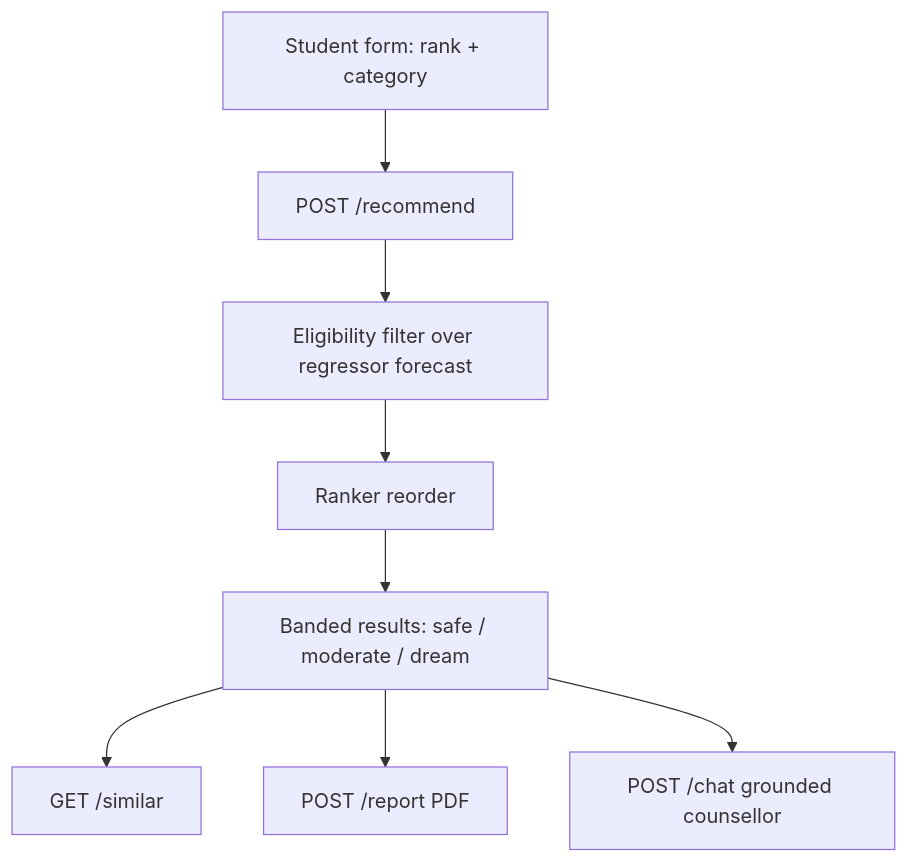
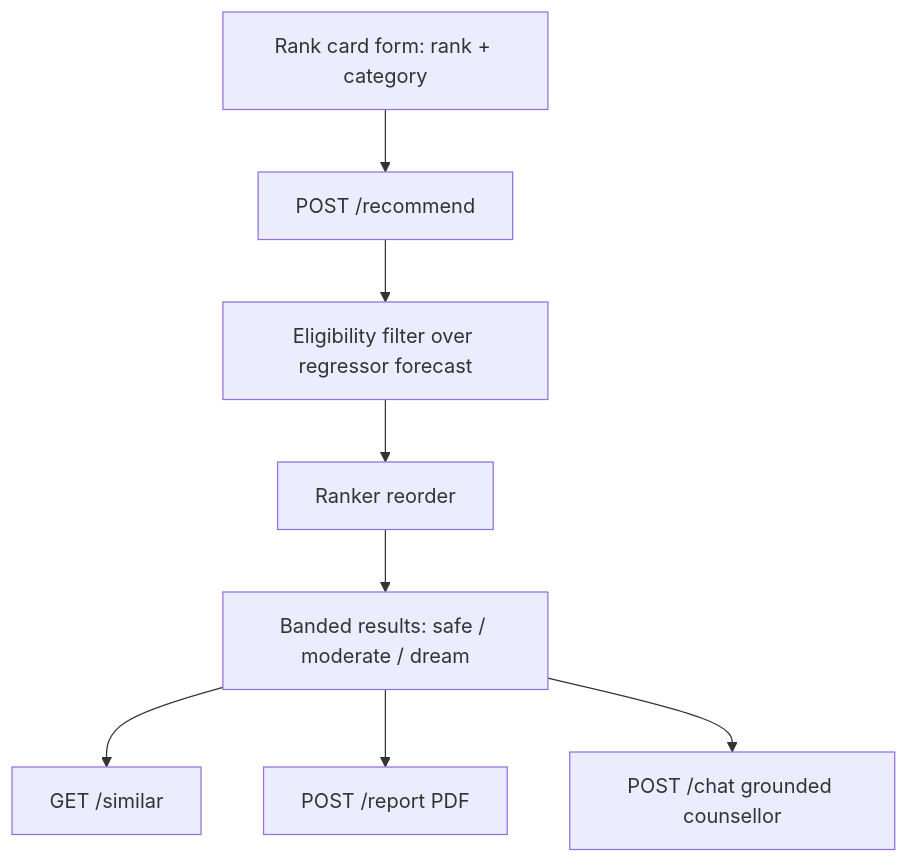
The diagram in README.md (TheMEGALODON55681/college-compass), drawn with Mermaid before and after one commit. The commit also changed other lines of this file, not shown here.

````diff
--- a/README.md
+++ b/README.md
@@ -58,10 +58,10 @@
 ```mermaid
 flowchart TD
-    A[Student form: rank + category] --> B[POST /recommend]
+    A[Rank card form: rank + category] --> B[POST /recommend]
     B --> C[Eligibility filter over regressor forecast]
     C --> D[Ranker reorder]
     D --> E[Banded results: safe / moderate / dream]
     E --> F[GET /similar]
     E --> G[POST /report PDF]
     E --> H[POST /chat grounded counsellor]
 ```
````
